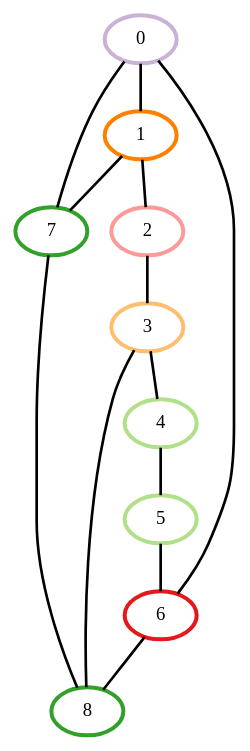
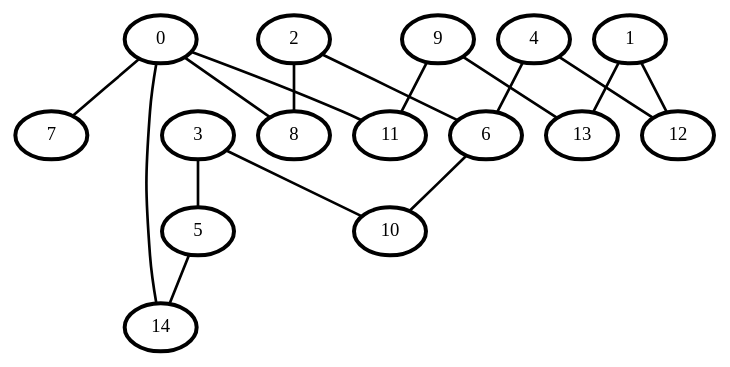
One commit to RobvEmous/Mod7Group2 changed the diagram in GI/Results/colorfulIt_0_0.dot. Above: the diagram before and after it, drawn with Graphviz. The commit also changed 7 other files, not shown here.

```diff
--- a/GI/Results/colorfulIt_0_0.dot
+++ b/GI/Results/colorfulIt_0_0.dot
@@ -1,24 +1,34 @@
 graph G {
-    0 [penwidth=3,color=9, colorscheme=paired12]
-    1 [penwidth=3,color=8, colorscheme=paired12]
-    2 [penwidth=3,color=5, colorscheme=paired12]
-    3 [penwidth=3,color=7, colorscheme=paired12]
-    4 [penwidth=3,color=3, colorscheme=paired12]
-    5 [penwidth=3,color=3, colorscheme=paired12]
-    6 [penwidth=3,color=6, colorscheme=paired12]
-    7 [penwidth=3,color=4, colorscheme=paired12]
-    8 [penwidth=3,color=4, colorscheme=paired12]
+    0 [penwidth=3]
+    1 [penwidth=3]
+    2 [penwidth=3]
+    3 [penwidth=3]
+    4 [penwidth=3]
+    5 [penwidth=3]
+    6 [penwidth=3]
+    7 [penwidth=3]
+    8 [penwidth=3]
+    9 [penwidth=3]
+    10 [penwidth=3]
+    11 [penwidth=3]
+    12 [penwidth=3]
+    13 [penwidth=3]
+    14 [penwidth=3]
 
     0--7 [penwidth=2]
-    1--7 [penwidth=2]
-    6--8 [penwidth=2]
-    3--8 [penwidth=2]
-    7--8 [penwidth=2]
-    0--1 [penwidth=2]
-    1--2 [penwidth=2]
-    2--3 [penwidth=2]
-    3--4 [penwidth=2]
-    4--5 [penwidth=2]
-    5--6 [penwidth=2]
-    0--6 [penwidth=2]
+    1--12 [penwidth=2]
+    0--14 [penwidth=2]
+    9--11 [penwidth=2]
+    5--14 [penwidth=2]
+    9--13 [penwidth=2]
+    1--13 [penwidth=2]
+    2--8 [penwidth=2]
+    3--10 [penwidth=2]
+    2--6 [penwidth=2]
+    0--8 [penwidth=2]
+    3--5 [penwidth=2]
+    4--12 [penwidth=2]
+    6--10 [penwidth=2]
+    0--11 [penwidth=2]
+    4--6 [penwidth=2]
 }
```
